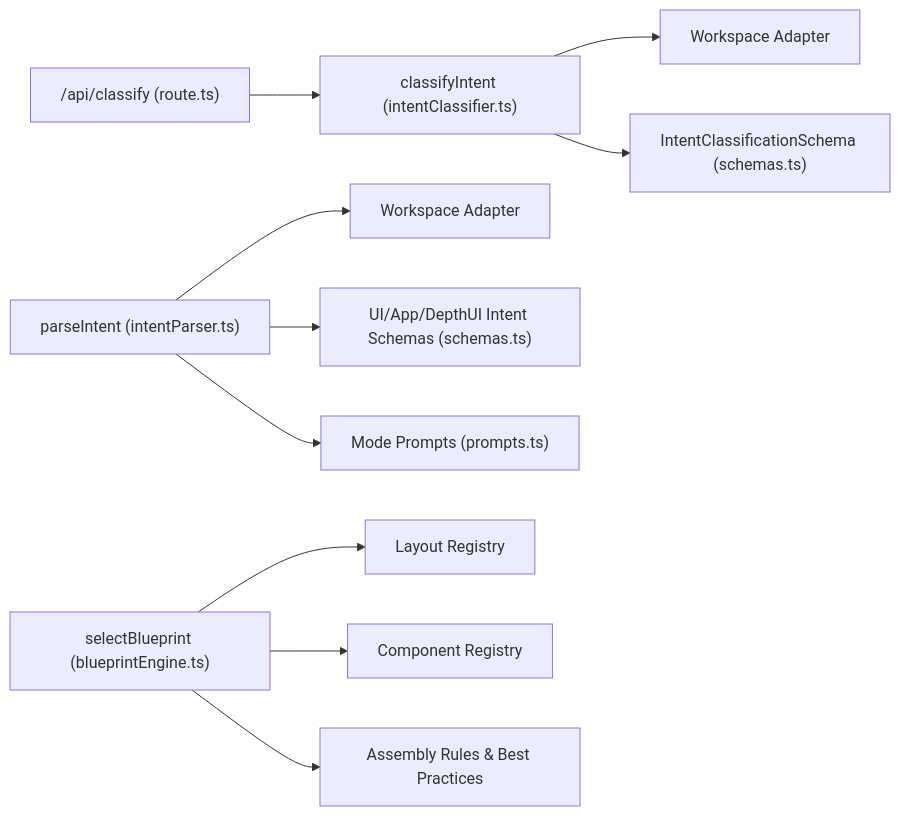
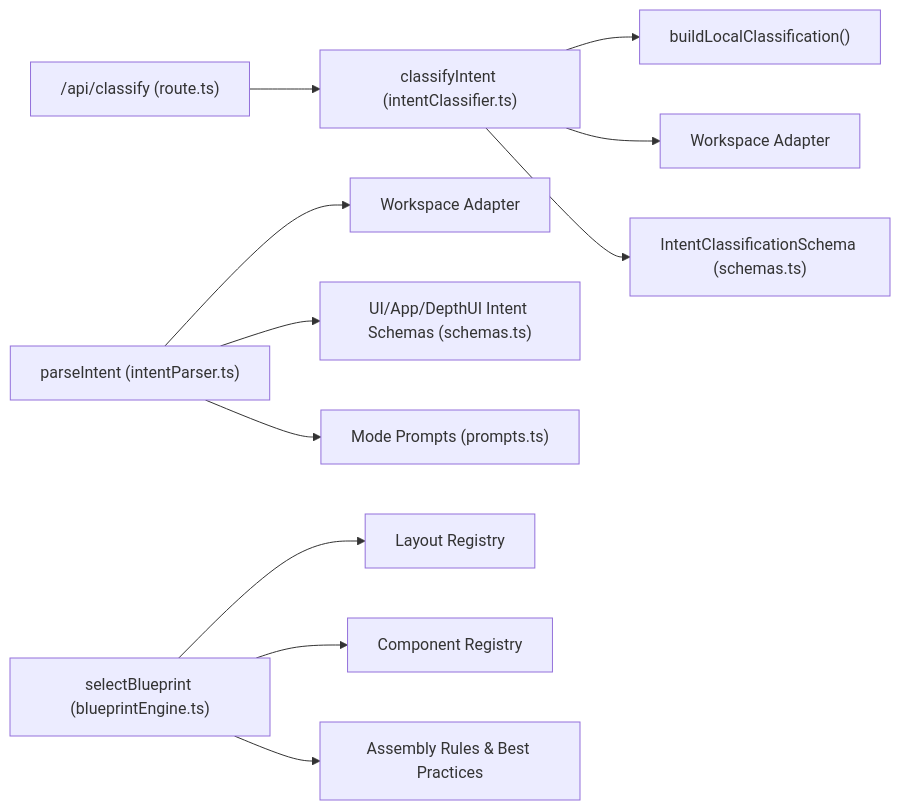
Before and after one commit to shekhargiri005-dotcom/AI-powered-accessibility-first-UI-engine: the tenth of 10 diagrams in .qoder/repowiki/en/content/AI Generation Engine/Core Generation Pipeline/Intent Processing & Blueprint Selection.md, drawn with Mermaid. The commit also changed other lines of this file and 71 other files, not shown here.

````diff
--- a/.qoder/repowiki/en/content/AI Generation Engine/Core Generation Pipeline/Intent Processing & Blueprint Selection.md
+++ b/.qoder/repowiki/en/content/AI Generation Engine/Core Generation Pipeline/Intent Processing & Blueprint Selection.md
@@ -409,12 +466,13 @@
 ```mermaid
 graph LR
 API["/api/classify (route.ts)"] --> CL["classifyIntent (intentClassifier.ts)"]
+CL --> LF["buildLocalClassification()"]
 CL --> AD["Workspace Adapter"]
 CL --> SCH1["IntentClassificationSchema (schemas.ts)"]
 PARSER["parseIntent (intentParser.ts)"] --> AD2["Workspace Adapter"]
 PARSER --> SCH2["UI/App/DepthUI Intent Schemas (schemas.ts)"]
 PARSER --> PROMPTS["Mode Prompts (prompts.ts)"]
 BP["selectBlueprint (blueprintEngine.ts)"] --> LREG["Layout Registry"]
 BP --> CREG["Component Registry"]
 BP --> SCH3["Assembly Rules & Best Practices"]
 ```
````
